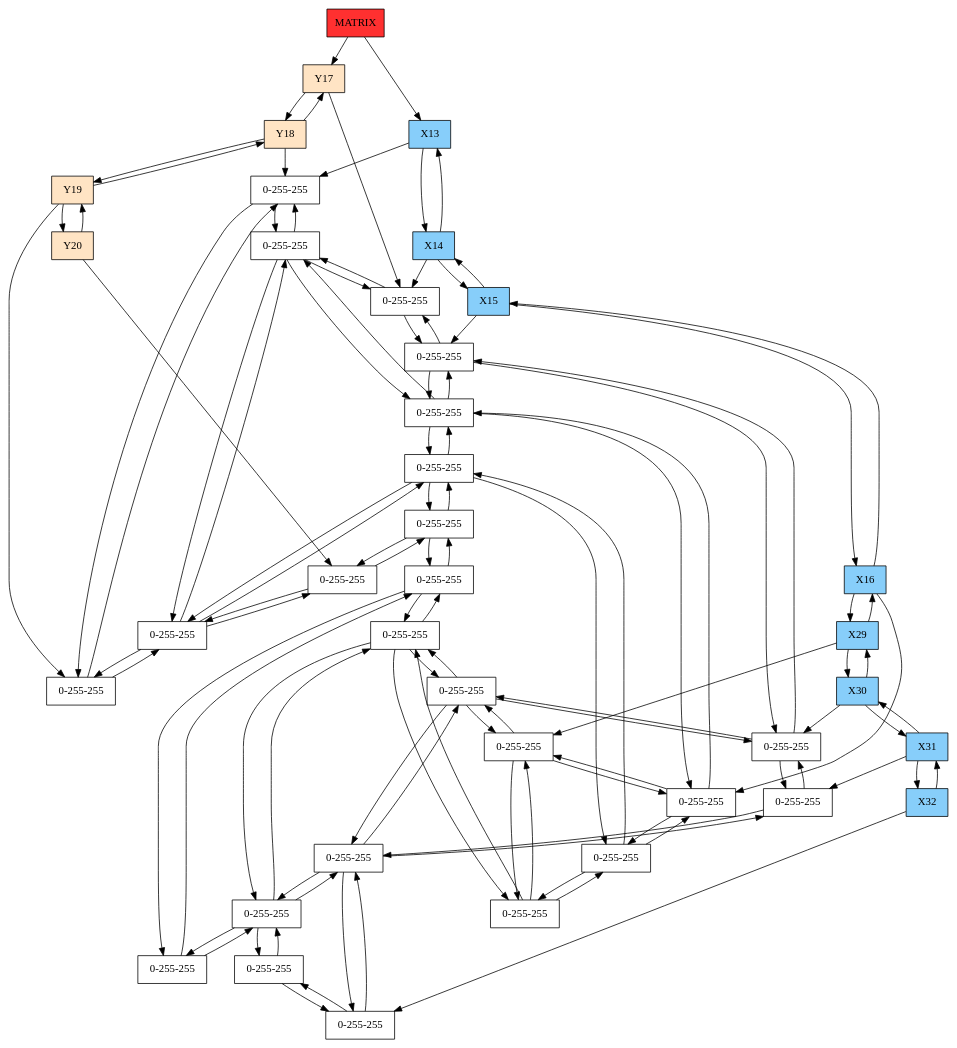
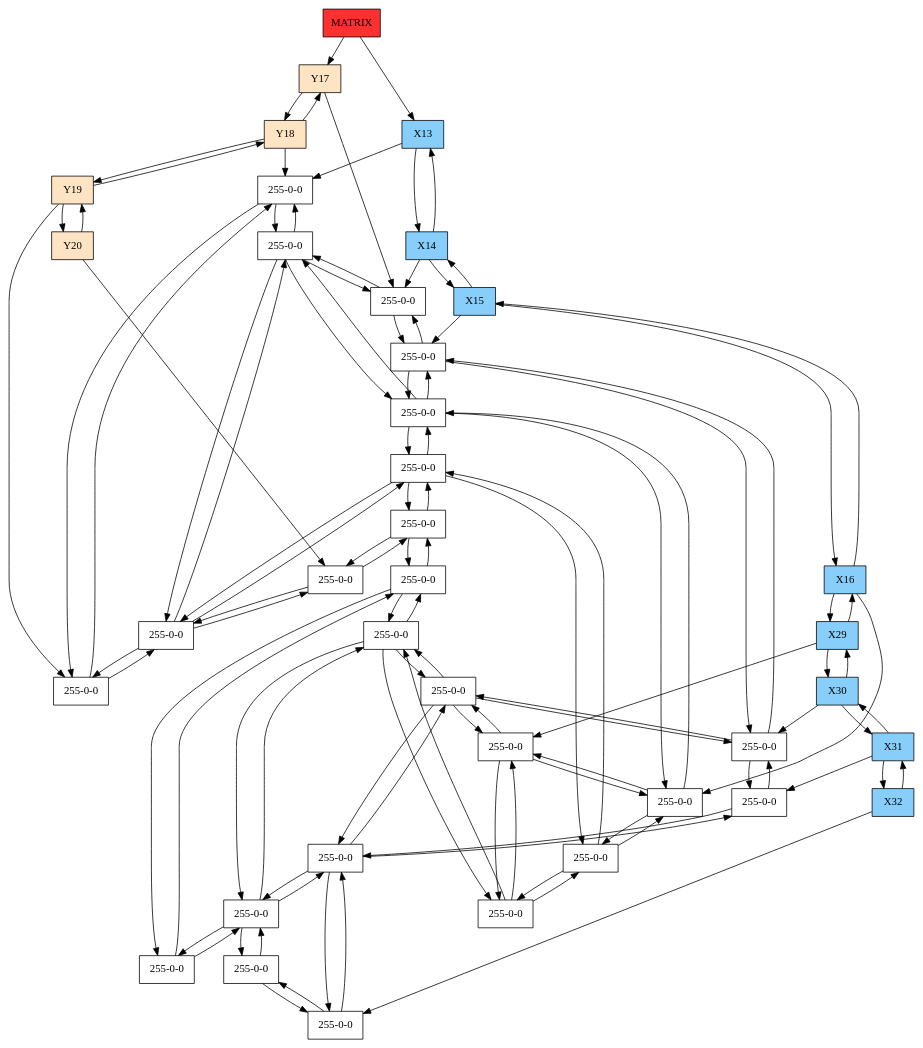
Before and after one commit to LuisRivera96/Proyecto1_EDD_USAC: the diagram in DOT-Images/Dispersa5.dot, drawn with Graphviz. The commit also changed 26 other files, not shown here.

```diff
--- a/DOT-Images/Dispersa5.dot
+++ b/DOT-Images/Dispersa5.dot
@@ -1,101 +1,101 @@
 digraph DISPERSA{
 node[shape=box];
 graph[nodesep = 0.5];
 header[label="MATRIX" style=filled, fillcolor=firebrick1, pos="0,0!"];
 Y17[label="Y17"  style = filled, fillcolor = bisque1, pos="0,-17!"];
 Y18[label="Y18"  style = filled, fillcolor = bisque1, pos="0,-18!"];
 Y19[label="Y19"  style = filled, fillcolor = bisque1, pos="0,-19!"];
 Y20[label="Y20"  style = filled, fillcolor = bisque1, pos="0,-20!"];
 X13[label="X13" style=filled, fillcolor=lightskyblue, pos="13,0!"];
 X14[label="X14" style=filled, fillcolor=lightskyblue, pos="14,0!"];
 X15[label="X15" style=filled, fillcolor=lightskyblue, pos="15,0!"];
 X16[label="X16" style=filled, fillcolor=lightskyblue, pos="16,0!"];
 X29[label="X29" style=filled, fillcolor=lightskyblue, pos="29,0!"];
 X30[label="X30" style=filled, fillcolor=lightskyblue, pos="30,0!"];
 X31[label="X31" style=filled, fillcolor=lightskyblue, pos="31,0!"];
 X32[label="X32" style=filled, fillcolor=lightskyblue, pos="32,0!"];
 header ->Y17;
 header ->X13;
 Y17 -> Y18 -> Y17;
 Y18 -> Y19 -> Y18;
 Y19 -> Y20 -> Y19;
 X13 -> X14 -> X13;
 X14 -> X15 -> X14;
 X15 -> X16 -> X15;
 X16 -> X29 -> X16;
 X29 -> X30 -> X29;
 X30 -> X31 -> X30;
 X31 -> X32 -> X31;
-X14Y17[label="0-255-255" pos="14,-17!"];
-X15Y17[label="0-255-255" pos="15,-17!"];
-X30Y17[label="0-255-255" pos="30,-17!"];
-X31Y17[label="0-255-255" pos="31,-17!"];
-X13Y18[label="0-255-255" pos="13,-18!"];
-X14Y18[label="0-255-255" pos="14,-18!"];
-X15Y18[label="0-255-255" pos="15,-18!"];
-X16Y18[label="0-255-255" pos="16,-18!"];
-X29Y18[label="0-255-255" pos="29,-18!"];
-X30Y18[label="0-255-255" pos="30,-18!"];
-X31Y18[label="0-255-255" pos="31,-18!"];
-X32Y18[label="0-255-255" pos="32,-18!"];
-X13Y19[label="0-255-255" pos="13,-19!"];
-X14Y19[label="0-255-255" pos="14,-19!"];
-X15Y19[label="0-255-255" pos="15,-19!"];
-X16Y19[label="0-255-255" pos="16,-19!"];
-X29Y19[label="0-255-255" pos="29,-19!"];
-X30Y19[label="0-255-255" pos="30,-19!"];
-X31Y19[label="0-255-255" pos="31,-19!"];
-X32Y19[label="0-255-255" pos="32,-19!"];
-X14Y20[label="0-255-255" pos="14,-20!"];
-X15Y20[label="0-255-255" pos="15,-20!"];
-X30Y20[label="0-255-255" pos="30,-20!"];
-X31Y20[label="0-255-255" pos="31,-20!"];
+X14Y17[label="255-0-0" pos="14,-17!"];
+X15Y17[label="255-0-0" pos="15,-17!"];
+X30Y17[label="255-0-0" pos="30,-17!"];
+X31Y17[label="255-0-0" pos="31,-17!"];
+X13Y18[label="255-0-0" pos="13,-18!"];
+X14Y18[label="255-0-0" pos="14,-18!"];
+X15Y18[label="255-0-0" pos="15,-18!"];
+X16Y18[label="255-0-0" pos="16,-18!"];
+X29Y18[label="255-0-0" pos="29,-18!"];
+X30Y18[label="255-0-0" pos="30,-18!"];
+X31Y18[label="255-0-0" pos="31,-18!"];
+X32Y18[label="255-0-0" pos="32,-18!"];
+X13Y19[label="255-0-0" pos="13,-19!"];
+X14Y19[label="255-0-0" pos="14,-19!"];
+X15Y19[label="255-0-0" pos="15,-19!"];
+X16Y19[label="255-0-0" pos="16,-19!"];
+X29Y19[label="255-0-0" pos="29,-19!"];
+X30Y19[label="255-0-0" pos="30,-19!"];
+X31Y19[label="255-0-0" pos="31,-19!"];
+X32Y19[label="255-0-0" pos="32,-19!"];
+X14Y20[label="255-0-0" pos="14,-20!"];
+X15Y20[label="255-0-0" pos="15,-20!"];
+X30Y20[label="255-0-0" pos="30,-20!"];
+X31Y20[label="255-0-0" pos="31,-20!"];
 Y17 -> X14Y17;
 X13 -> X13Y18;
 X14 -> X14Y17;
 X15 -> X15Y17;
 X16 -> X16Y18;
 X29 -> X29Y18;
 X30 -> X30Y17;
 X31 -> X31Y17;
 X32 -> X32Y18;
 X14Y17 -> X15Y17 -> X14Y17;
 X14Y17 -> X14Y18 -> X14Y17;
 X15Y17 -> X30Y17 -> X15Y17;
 X15Y17 -> X15Y18 -> X15Y17;
 X30Y17 -> X31Y17 -> X30Y17;
 X30Y17 -> X30Y18 -> X30Y17;
 X31Y17 -> X31Y18 -> X31Y17;
 Y18 -> X13Y18;
 X13Y18 -> X14Y18 -> X13Y18;
 X13Y18 -> X13Y19 -> X13Y18;
 X14Y18 -> X15Y18 -> X14Y18;
 X14Y18 -> X14Y19 -> X14Y18;
 X15Y18 -> X16Y18 -> X15Y18;
 X15Y18 -> X15Y19 -> X15Y18;
 X16Y18 -> X29Y18 -> X16Y18;
 X16Y18 -> X16Y19 -> X16Y18;
 X29Y18 -> X30Y18 -> X29Y18;
 X29Y18 -> X29Y19 -> X29Y18;
 X30Y18 -> X31Y18 -> X30Y18;
 X30Y18 -> X30Y19 -> X30Y18;
 X31Y18 -> X32Y18 -> X31Y18;
 X31Y18 -> X31Y19 -> X31Y18;
 X32Y18 -> X32Y19 -> X32Y18;
 Y19 -> X13Y19;
 X13Y19 -> X14Y19 -> X13Y19;
 X14Y19 -> X15Y19 -> X14Y19;
 X14Y19 -> X14Y20 -> X14Y19;
 X15Y19 -> X16Y19 -> X15Y19;
 X15Y19 -> X15Y20 -> X15Y19;
 X16Y19 -> X29Y19 -> X16Y19;
 X29Y19 -> X30Y19 -> X29Y19;
 X30Y19 -> X31Y19 -> X30Y19;
 X30Y19 -> X30Y20 -> X30Y19;
 X31Y19 -> X32Y19 -> X31Y19;
 X31Y19 -> X31Y20 -> X31Y19;
 Y20 -> X14Y20;
 X14Y20 -> X15Y20 -> X14Y20;
 X15Y20 -> X30Y20 -> X15Y20;
 X30Y20 -> X31Y20 -> X30Y20;
 }
```
